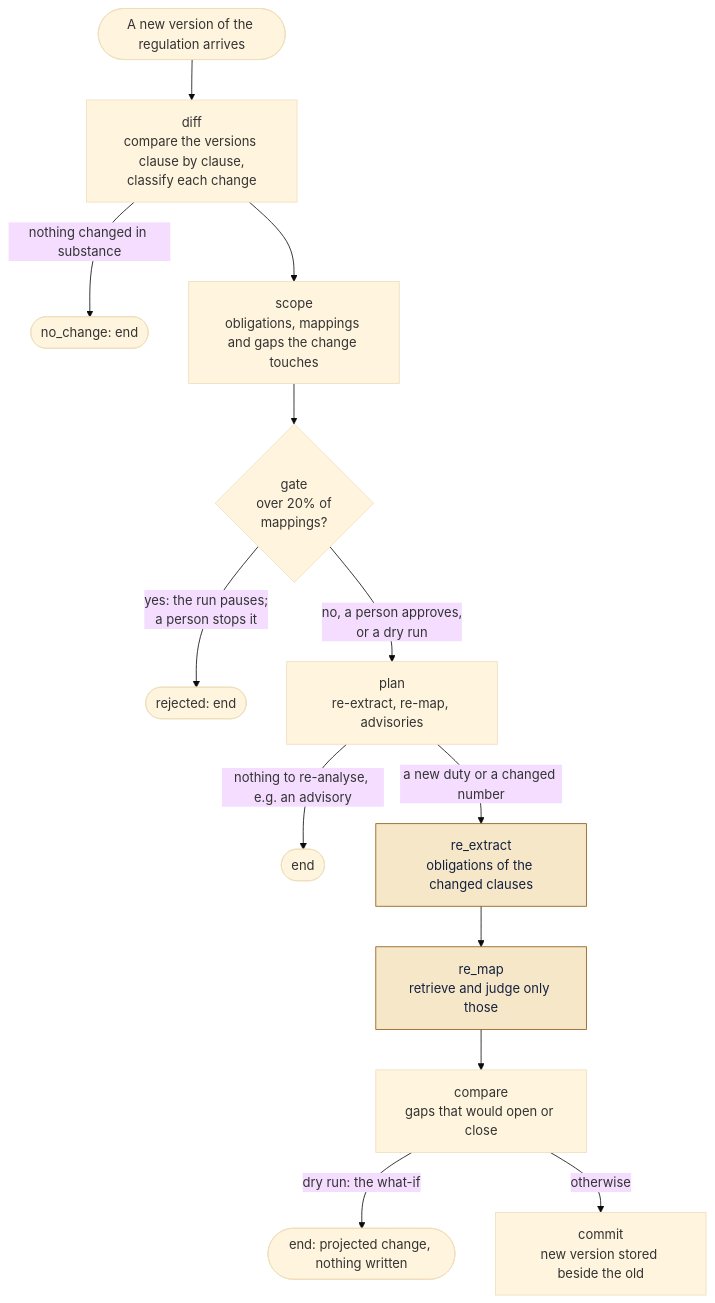
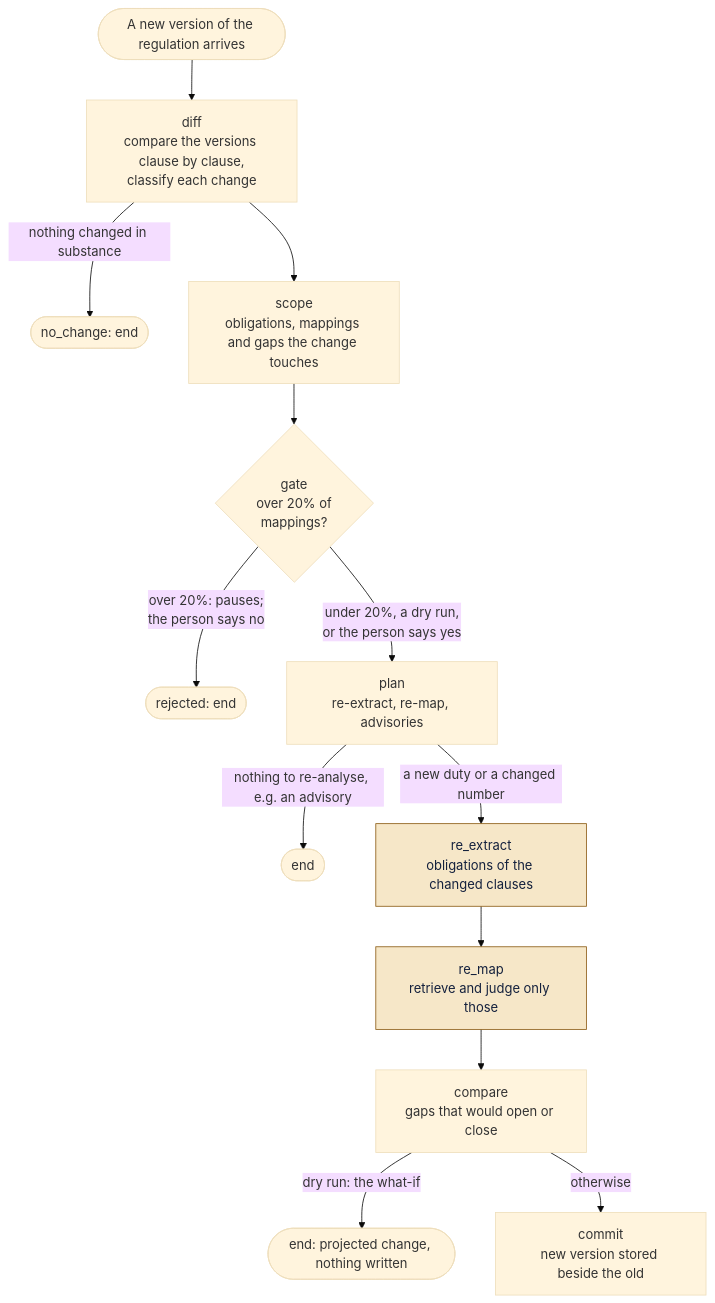
Before and after one commit to ashashkaWestfeild/regcompliance-agent: the diagram in README.md, drawn with Mermaid (base theme).

Commit message:
README diagram: gate edge labels match agent.py (over 20%: pauses, the person says no; under 20%, a dry run, or the person says yes)

````diff
--- a/README.md
+++ b/README.md
@@ -64,18 +64,18 @@
 ```mermaid
 flowchart TD
     IN([A new version of the regulation arrives]) --> D
     D["diff<br/>compare the versions clause by clause,<br/>classify each change"]
     D -->|nothing changed in substance| NC([no_change: end])
     D --> SC["scope<br/>obligations, mappings and gaps the change touches"]
     SC --> G{"gate<br/>over 20% of<br/>mappings?"}
-    G -->|"yes: the run pauses;<br/>a person stops it"| RJ([rejected: end])
-    G -->|"no, a person approves,<br/>or a dry run"| P["plan<br/>re-extract, re-map, advisories"]
+    G -->|"over 20%: pauses;<br/>the person says no"| RJ([rejected: end])
+    G -->|"under 20%, a dry run,<br/>or the person says yes"| P["plan<br/>re-extract, re-map, advisories"]
     P -->|nothing to re-analyse, e.g. an advisory| AD([end])
     P -->|a new duty or a changed number| RX["re_extract<br/>obligations of the changed clauses"]
     RX --> RM["re_map<br/>retrieve and judge only those"]
     RM --> C["compare<br/>gaps that would open or close"]
     C -->|dry run: the what-if| WI([end: projected change, nothing written])
     C -->|otherwise| CM["commit<br/>new version stored beside the old"]
     classDef model fill:#F6E7C8,stroke:#8A5A12,color:#14213D
     class RX,RM model
 ```
````
